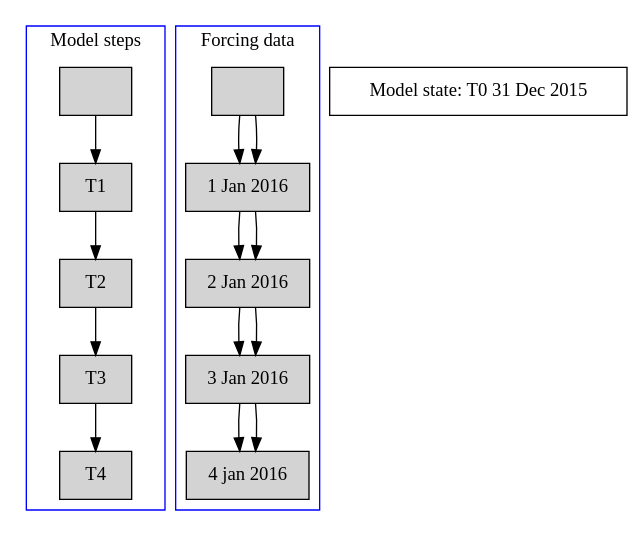
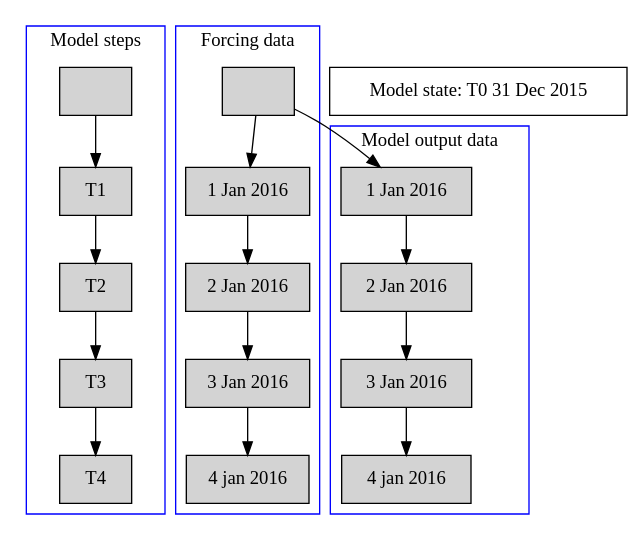
One commit to openstreams/wflow changed the first of 2 diagrams in doc/wf_DynamicFramework.rst. Above: the diagram before and after it, drawn with Graphviz.

```diff
--- a/doc/wf_DynamicFramework.rst
+++ b/doc/wf_DynamicFramework.rst
@@ -330,30 +330,30 @@
 .. graphviz::
 
     digraph G {
         node [shape=box]
 
         subgraph cluster_1 {
 	    	node [style=filled];
 		    " "  -> T1 -> T2 -> T3 -> T4;
 		    label = "Model steps";
 		    color=blue
 	    }
 
         subgraph cluster_2 {
 	    	node [style=filled];
 		    "  " ->"1 Jan 2016" -> "2 Jan 2016" -> "3 Jan 2016" -> "4 jan 2016";
 		    label = "Forcing data";
 		    color=blue
 	    }
 
         subgraph cluster_3 {
 	    	node [style=filled];
-		    "  " ->"1 Jan 2016" -> "2 Jan 2016" -> "3 Jan 2016" -> "4 jan 2016";
+		    "  " ->" 1 Jan 2016" -> " 2 Jan 2016" -> " 3 Jan 2016" -> " 4 jan 2016";
 		    label = "Model output data";
 		    color=blue
 	    }
 
         "Model state: T0 31 Dec 2015";
 
 
     }
```
